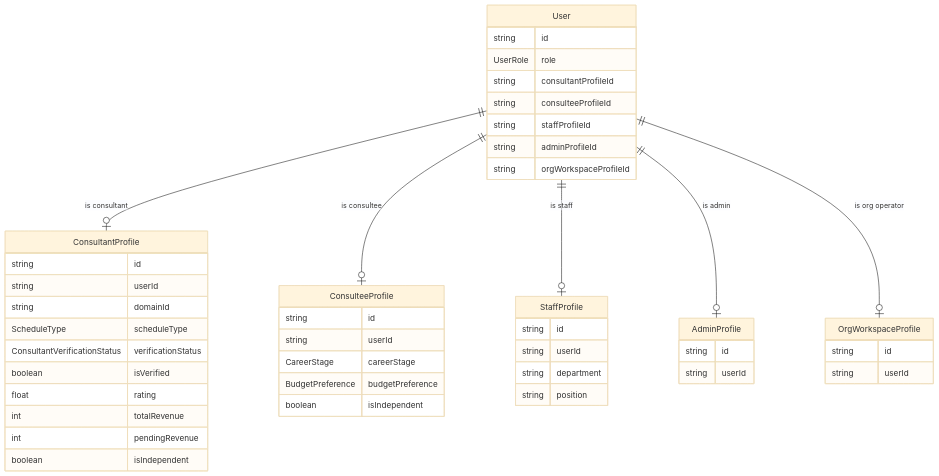
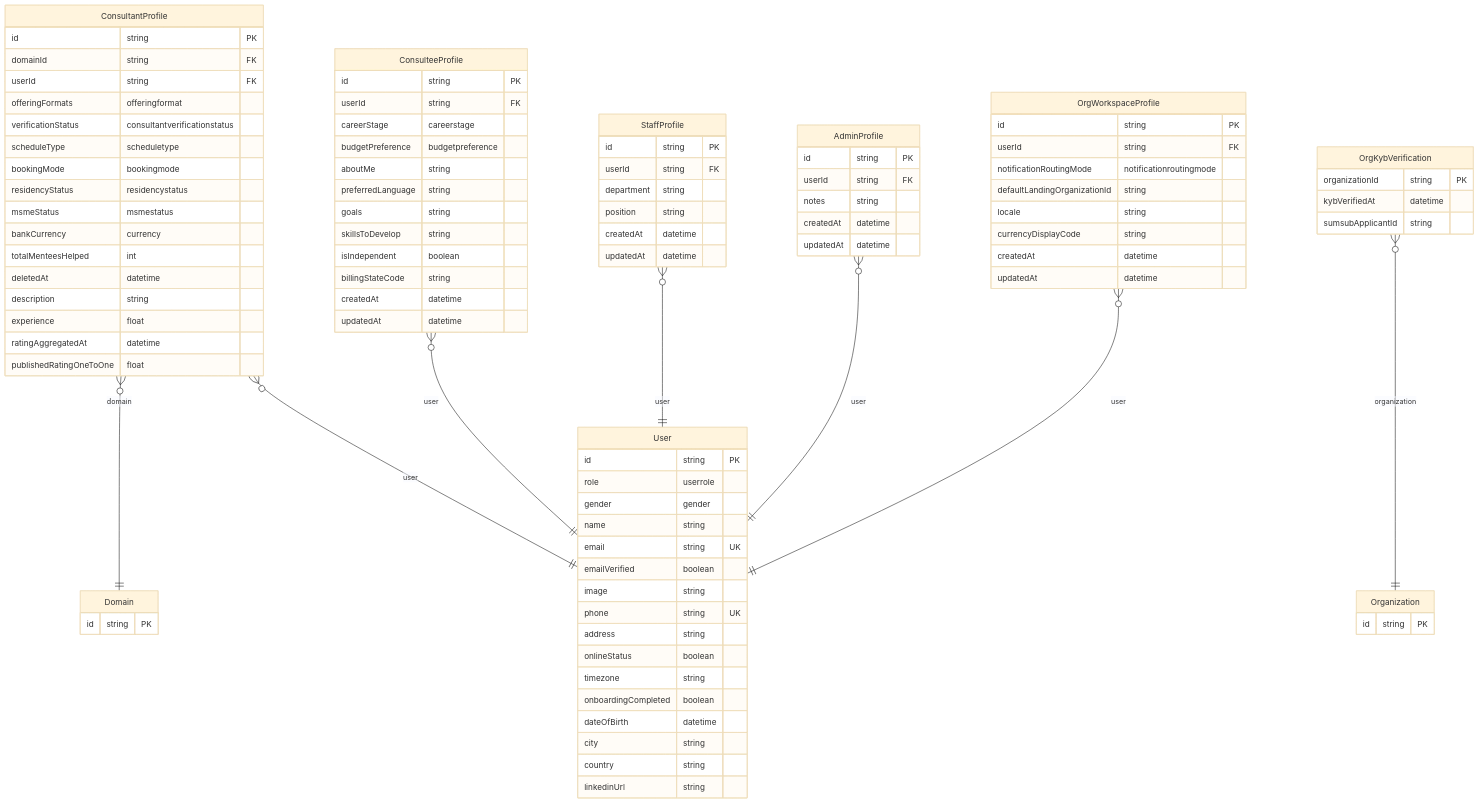
The third of 32 diagrams in docs/prisma/00-schema-map.md (Practitionist/familiarise_web), drawn with Mermaid (base theme) before and after one commit. The commit also changed other lines of this file and 6 other files, not shown here.

````diff
--- a/docs/prisma/00-schema-map.md
+++ b/docs/prisma/00-schema-map.md
@@ -243,51 +371,96 @@
 ```mermaid
 erDiagram
-    User {
-        string id
-        UserRole role
-        string consultantProfileId
-        string consulteeProfileId
-        string staffProfileId
-        string adminProfileId
-        string orgWorkspaceProfileId
-    }
     ConsultantProfile {
-        string id
-        string userId
-        string domainId
-        ScheduleType scheduleType
-        ConsultantVerificationStatus verificationStatus
-        boolean isVerified
-        float rating
-        int totalRevenue
-        int pendingRevenue
-        boolean isIndependent
+        id string PK
+        domainId string FK
+        userId string FK
+        offeringFormats offeringformat
+        verificationStatus consultantverificationstatus
+        scheduleType scheduletype
+        bookingMode bookingmode
+        residencyStatus residencystatus
+        msmeStatus msmestatus
+        bankCurrency currency
+        totalMenteesHelped int
+        deletedAt datetime
+        description string
+        experience float
+        ratingAggregatedAt datetime
+        publishedRatingOneToOne float
     }
     ConsulteeProfile {
-        string id
-        string userId
-        CareerStage careerStage
-        BudgetPreference budgetPreference
-        boolean isIndependent
+        id string PK
+        userId string FK
+        careerStage careerstage
+        budgetPreference budgetpreference
+        aboutMe string
+        preferredLanguage string
+        goals string
+        skillsToDevelop string
+        isIndependent boolean
+        billingStateCode string
+        createdAt datetime
+        updatedAt datetime
     }
     StaffProfile {
-        string id
-        string userId
-        string department
-        string position
+        id string PK
+        userId string FK
+        department string
+        position string
+        createdAt datetime
+        updatedAt datetime
     }
     AdminProfile {
-        string id
-        string userId
+        id string PK
+        userId string FK
+        notes string
+        createdAt datetime
+        updatedAt datetime
     }
     OrgWorkspaceProfile {
-        string id
-        string userId
+        id string PK
+        userId string FK
+        notificationRoutingMode notificationroutingmode
+        defaultLandingOrganizationId string
+        locale string
+        currencyDisplayCode string
+        createdAt datetime
+        updatedAt datetime
     }
-
-    User ||--o| ConsultantProfile : "is consultant"
-    User ||--o| ConsulteeProfile : "is consultee"
-    User ||--o| StaffProfile : "is staff"
-    User ||--o| AdminProfile : "is admin"
-    User ||--o| OrgWorkspaceProfile : "is org operator"
+    OrgKybVerification {
+        organizationId string PK
+        kybVerifiedAt datetime
+        sumsubApplicantId string
+    }
+    User {
+        id string PK
+        role userrole
+        gender gender
+        name string
+        email string UK
+        emailVerified boolean
+        image string
+        phone string UK
+        address string
+        onlineStatus boolean
+        timezone string
+        onboardingCompleted boolean
+        dateOfBirth datetime
+        city string
+        country string
+        linkedinUrl string
+    }
+    Domain {
+        id string PK
+    }
+    Organization {
+        id string PK
+    }
+    ConsultantProfile }o--|| Domain : "domain"
+    ConsultantProfile }o--|| User : "user"
+    ConsulteeProfile }o--|| User : "user"
+    StaffProfile }o--|| User : "user"
+    AdminProfile }o--|| User : "user"
+    OrgWorkspaceProfile }o--|| User : "user"
+    OrgKybVerification }o--|| Organization : "organization"
 ```
````
